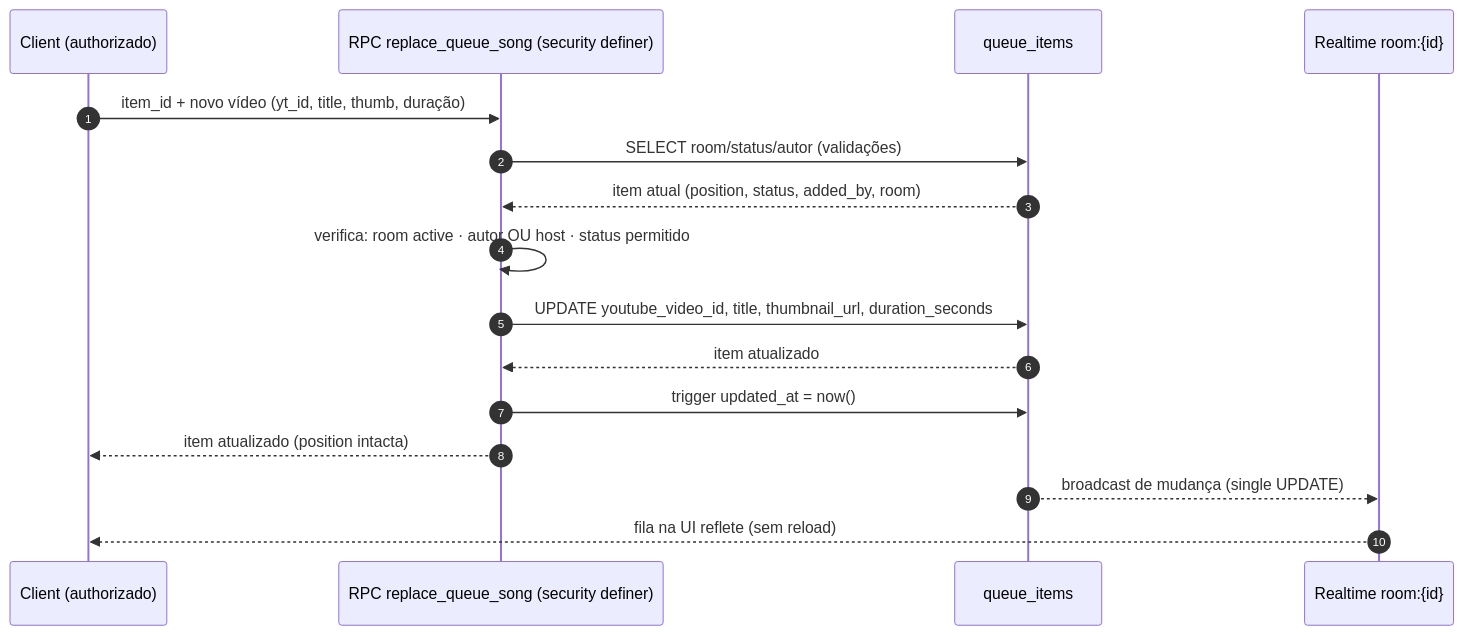
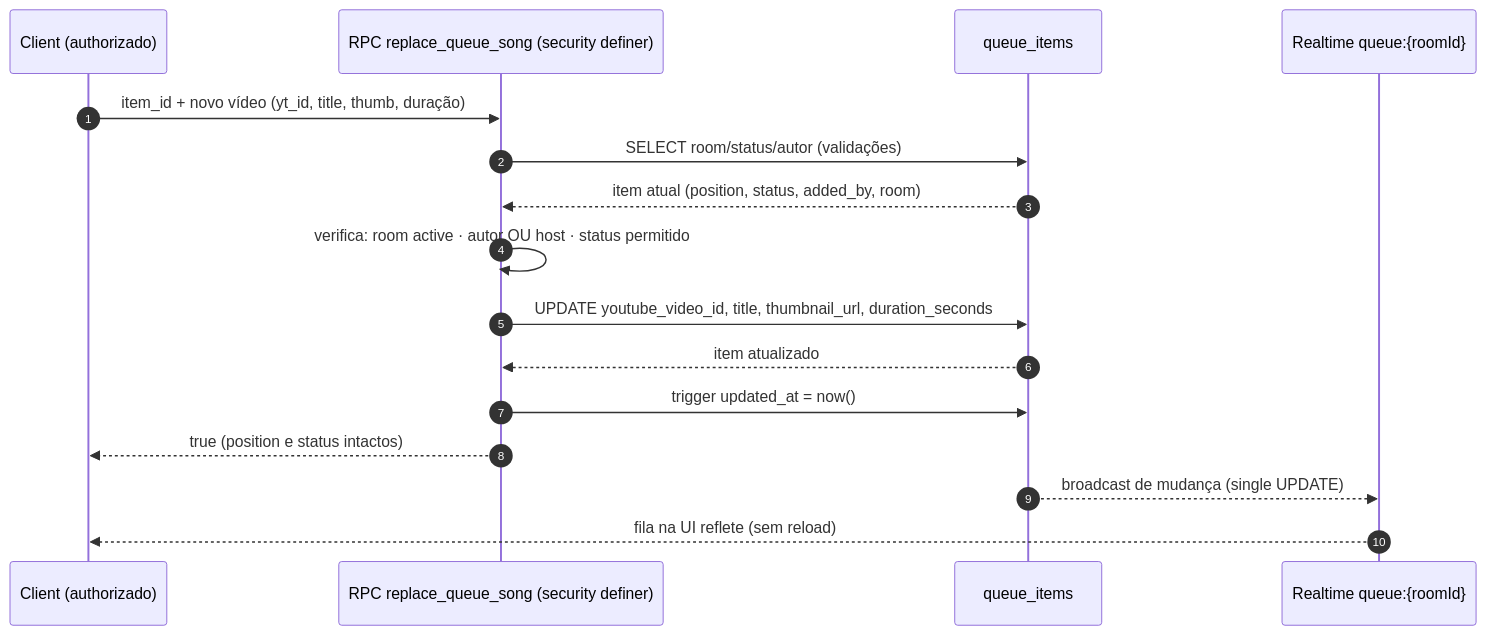
The fourth of 6 diagrams in docs/flows/banco-de-dados.md (cavalcanteprofissional/karaoke-flow), drawn with Mermaid before and after one commit. The commit also changed other lines of this file and 19 other files, not shown here.

````diff
--- a/docs/flows/banco-de-dados.md
+++ b/docs/flows/banco-de-dados.md
@@ -197,19 +208,19 @@
 ```mermaid
 sequenceDiagram
     autonumber
     participant C as Client (authorizado)
     participant R as RPC replace_queue_song (security definer)
     participant DB as queue_items
-    participant RT as Realtime room:{id}
+    participant RT as Realtime queue:{roomId}
 
     C->>R: item_id + novo vídeo (yt_id, title, thumb, duração)
     R->>DB: SELECT room/status/autor (validações)
     DB-->>R: item atual (position, status, added_by, room)
     R->>R: verifica: room active · autor OU host · status permitido
     R->>DB: UPDATE youtube_video_id, title, thumbnail_url, duration_seconds
     DB-->>R: item atualizado
     R->>DB: trigger updated_at = now()
-    R-->>C: item atualizado (position intacta)
+    R-->>C: true (position e status intactos)
     DB-->>RT: broadcast de mudança (single UPDATE)
     RT-->>C: fila na UI reflete (sem reload)
 ```
````
